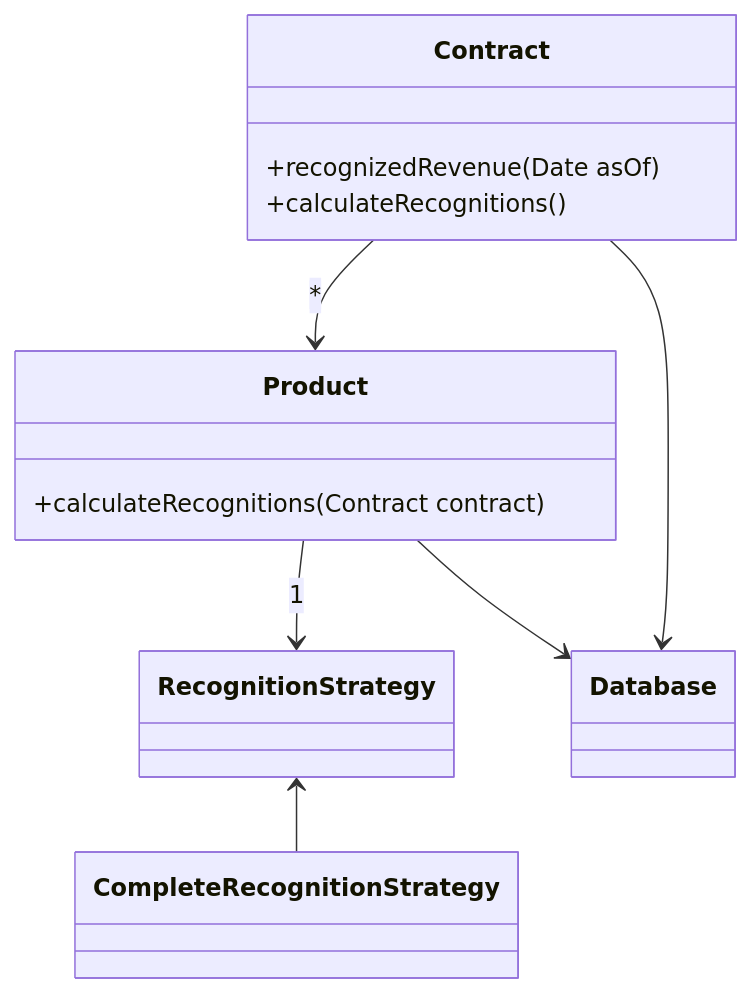
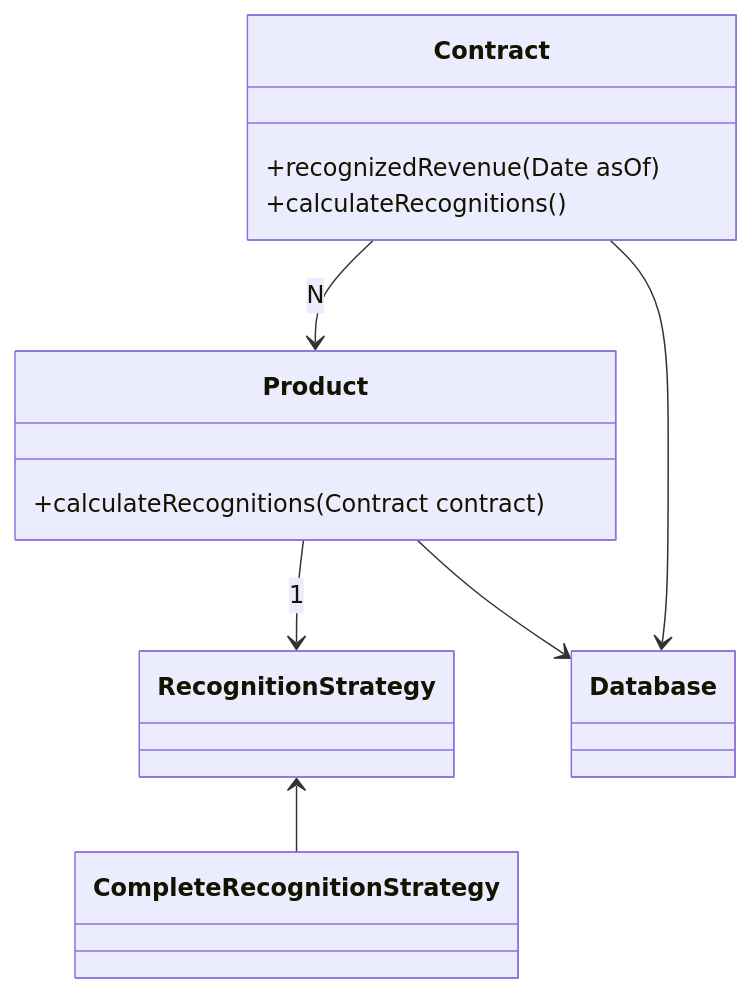
Before and after one commit to 0xcaffebabe/note: the second of 7 diagrams in doc/软件工程/架构模式/架构模式.md, drawn with Mermaid.

Commit message:
📦架构模式
- 将 Contract 和 Product 之间的关联关系从 "*" 修改为 "N"
- 优化类图中关联关系的表示，提高可读性和准确性

````diff
--- a/doc/软件工程/架构模式/架构模式.md
+++ b/doc/软件工程/架构模式/架构模式.md
@@ -146,20 +146,20 @@
 ```mermaid
 classDiagram
    class Contract {
       +recognizedRevenue(Date asOf)
       +calculateRecognitions()
    }
 
    class Product {
       +calculateRecognitions(Contract contract)
    }
 
    class RecognitionStrategy
    class CompleteRecognitionStrategy
 
-   Contract --> Product : *
+   Contract --> Product: N
    Product --> Database
    Contract --> Database
    Product --> RecognitionStrategy : 1
    RecognitionStrategy <-- CompleteRecognitionStrategy
 ```
````
